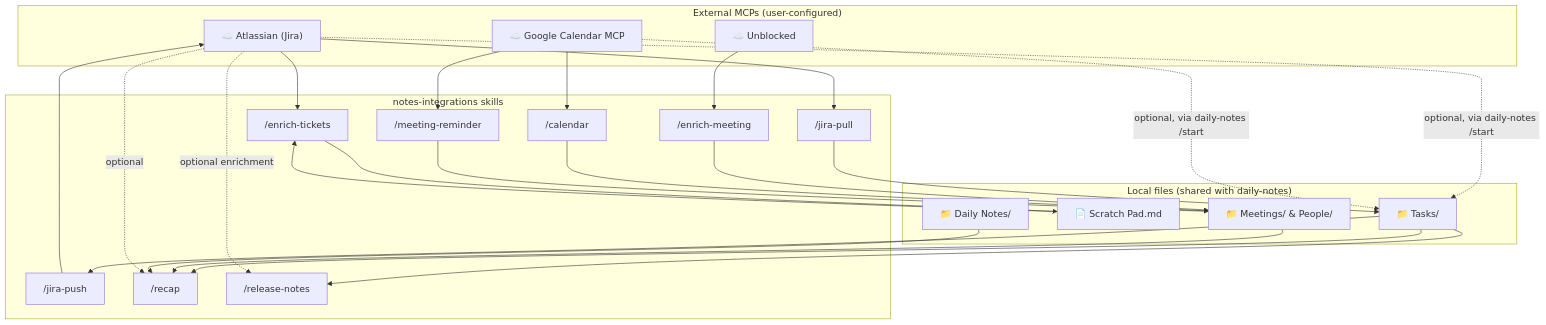
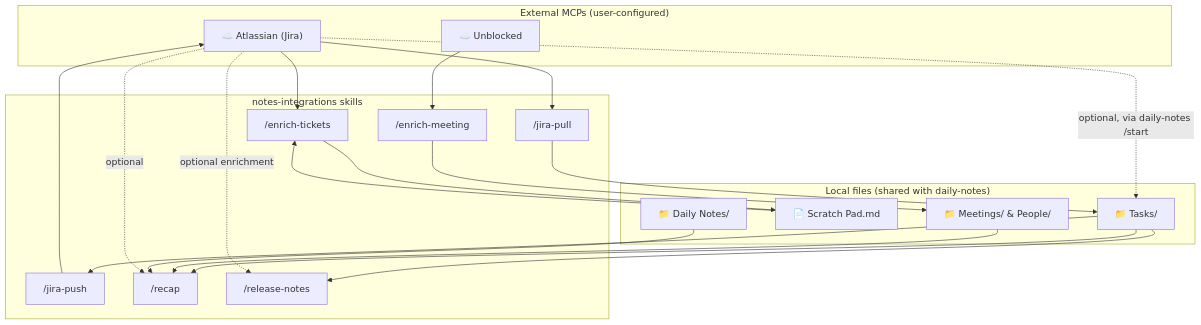
The first of 2 diagrams in plugins/productivity/notes-integrations/CONTRIBUTING.md (GhaidaAlAtoum/plugin-playground), drawn with Mermaid before and after one commit. The commit also changed other lines of this file and 12 other files, not shown here.

First line of the commit message:
Remove Google Calendar integration from productivity plugin

````diff
--- a/plugins/productivity/notes-integrations/CONTRIBUTING.md
+++ b/plugins/productivity/notes-integrations/CONTRIBUTING.md
@@ -9,42 +9,36 @@
 ```mermaid
 flowchart TB
     subgraph ext["External MCPs (user-configured)"]
         AT["☁️ Atlassian (Jira)"]
         UB["☁️ Unblocked"]
-        GC["☁️ Google Calendar MCP"]
     end
 
     subgraph ni["notes-integrations skills"]
         jp["/jira-pull"]
         jpush["/jira-push"]
         tn["/enrich-tickets"]
         mc["/enrich-meeting"]
         recap["/recap"]
         rn["/release-notes"]
-        cal["/calendar"]
-        mr["/meeting-reminder"]
     end
 
     subgraph local["Local files (shared with daily-notes)"]
         TF["📁 Tasks/"]
         SP["📄 Scratch Pad.md"]
         MF["📁 Meetings/ & People/"]
         DN["📁 Daily Notes/"]
     end
 
     AT --> jp --> TF
     TF --> jpush --> AT
     AT --> tn
     SP --> tn --> SP
     UB --> mc --> MF
     TF & MF & DN --> recap
     AT -.->|optional| recap
     TF --> rn
     AT -.->|optional enrichment| rn
-    GC --> cal --> MF
-    GC --> mr --> MF
 
-    %% /start (in daily-notes) reads Atlassian + Google Calendar when available
+    %% /start (in daily-notes) reads Atlassian when available
     AT -.->|optional, via daily-notes /start| TF
-    GC -.->|optional, via daily-notes /start| TF
 ```
````
